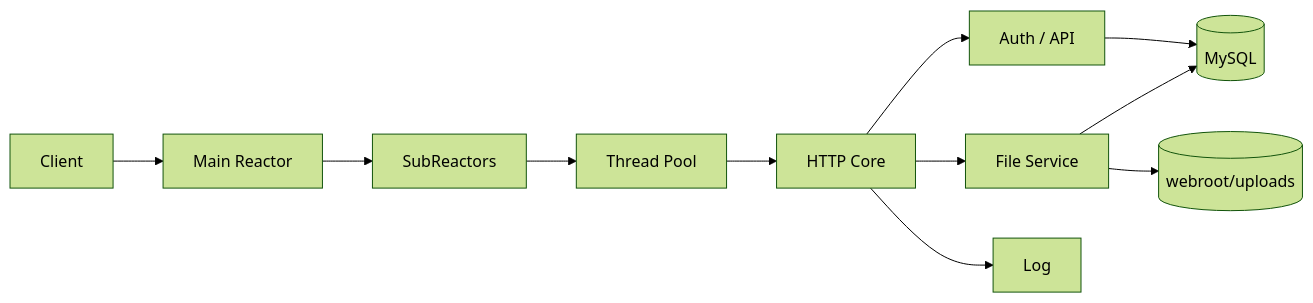
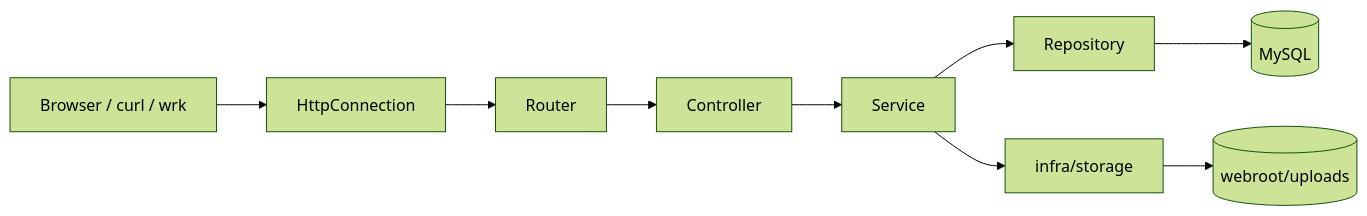
The diagram in README.md (wjg12345678/High-performance-gateway), drawn with Mermaid (forest theme) before and after one commit. The commit also changed other lines of this file and 32 other files, not shown here.

````diff
--- a/README.md
+++ b/README.md
@@ -133,19 +148,11 @@
 ```mermaid
 flowchart LR
-    Client[Client]
-    Main[Main Reactor]
-    Sub[SubReactors]
-    Pool[Thread Pool]
-    HTTP[HTTP Core]
-    API[Auth / API]
-    Files[File Service]
-    DB[(MySQL)]
-    FS[(webroot/uploads)]
-    Log[Log]
-
-    Client --> Main --> Sub --> Pool --> HTTP
-    HTTP --> API --> DB
-    HTTP --> Files --> DB
-    Files --> FS
-    HTTP --> Log
+    Client[Browser / curl / wrk] --> HTTP[HttpConnection]
+    HTTP --> Router[Router]
+    Router --> Controller[Controller]
+    Controller --> Service[Service]
+    Service --> Repo[Repository]
+    Repo --> MySQL[(MySQL)]
+    Service --> Storage[infra/storage]
+    Storage --> Disk[(webroot/uploads)]
 ```
````
